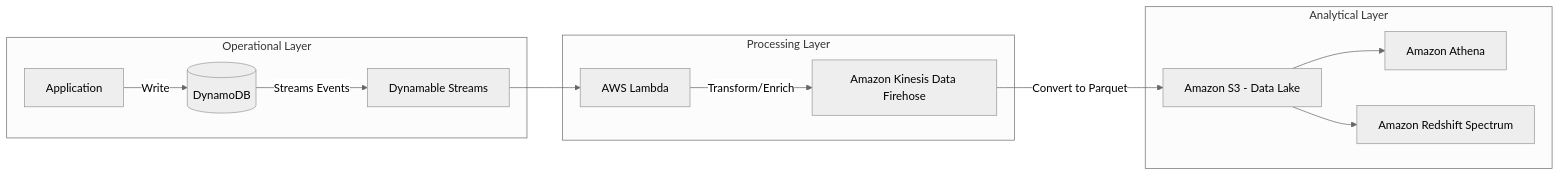
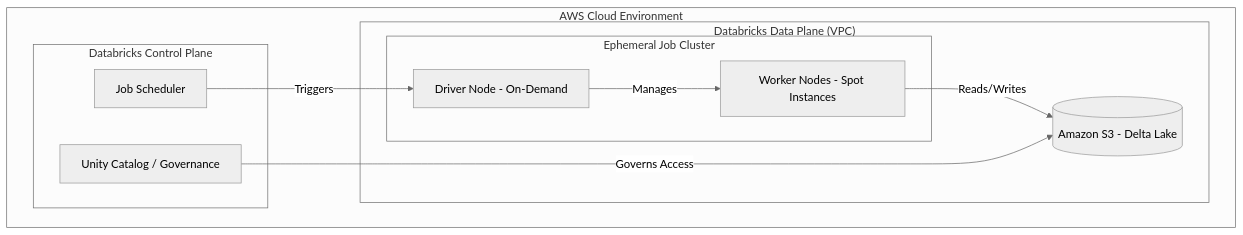
One commit to DataTechBridge-Projects/databricks-trainer changed diagram 11 of 14 in output/complete_course.md. Above: the diagram before and after it, drawn with Mermaid (neutral theme). The commit also changed other lines of this file and 33 other files, not shown here.

````diff
--- a/output/complete_course.md
+++ b/output/complete_course.md
@@ -2290,18 +2632,23 @@
 ```mermaid
-graph LR
-    subgraph "Operational Layer"
-        A[Application] -->|Write| B[(DynamoDB)]
-        B -->|Streams Events| C[Dynamable Streams]
+graph TD
+    subgraph "AWS Cloud Environment"
+        subgraph "Databricks Control Plane"
+            UC[Unity Catalog / Governance]
+            Jobs[Job Scheduler]
+        end
+        
+        subgraph "Databricks Data Plane (VPC)"
+            subgraph "Ephemeral Job Cluster"
+                Driver[Driver Node - On-Demand]
+                Workers[Worker Nodes - Spot Instances]
+            end
+            
+            S3[(Amazon S3 - Delta Lake)]
+        end
     end
 
-    subgraph "Processing Layer"
-        C --> D[AWS Lambda]
-        D -->|Transform/Enrich| E[Amazon Kinesis Data Firehose]
-    end
-
-    subgraph "Analytical Layer"
-        E -->|Convert to Parquet| F[Amazon S3 - Data Lake]
-        F --> G[Amazon Athena]
-        F --> H[Amazon Redshift Spectrum]
-    end
+    Jobs -->|Triggers| Driver
+    Driver -->|Manages| Workers
+    Workers -->|Reads/Writes| S3
+    UC -->|Governs Access| S3
 ```
````
